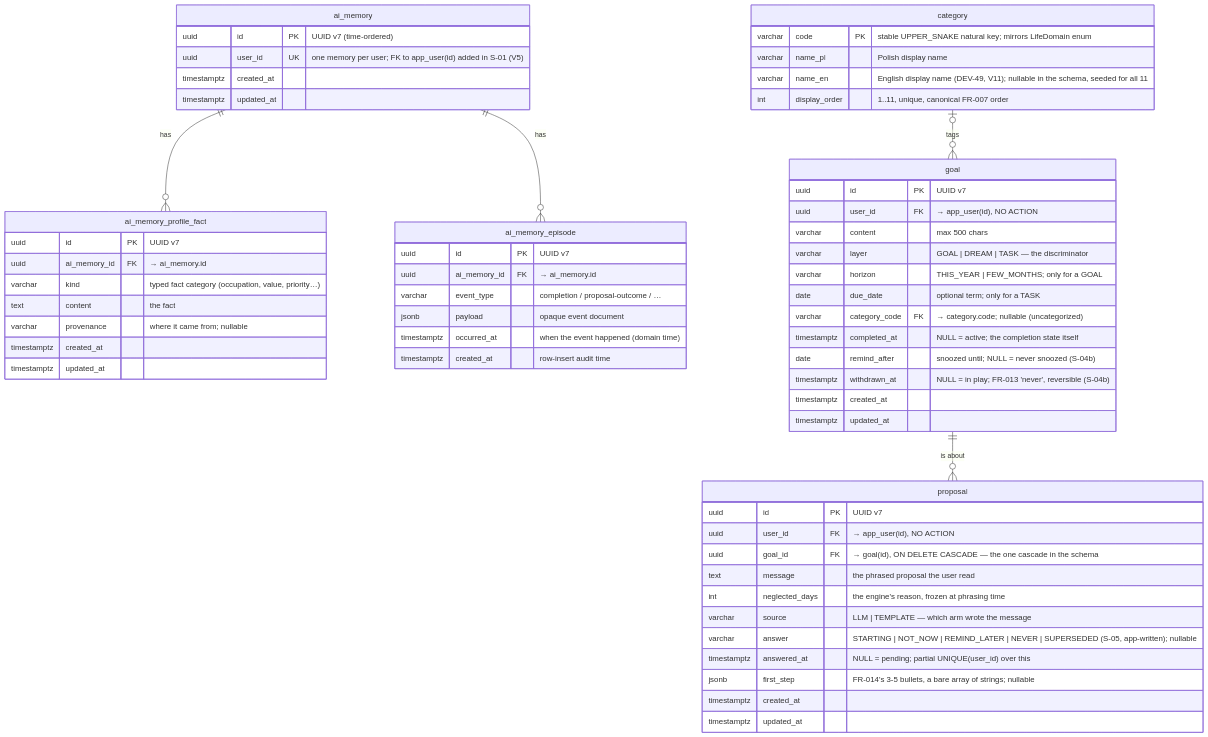
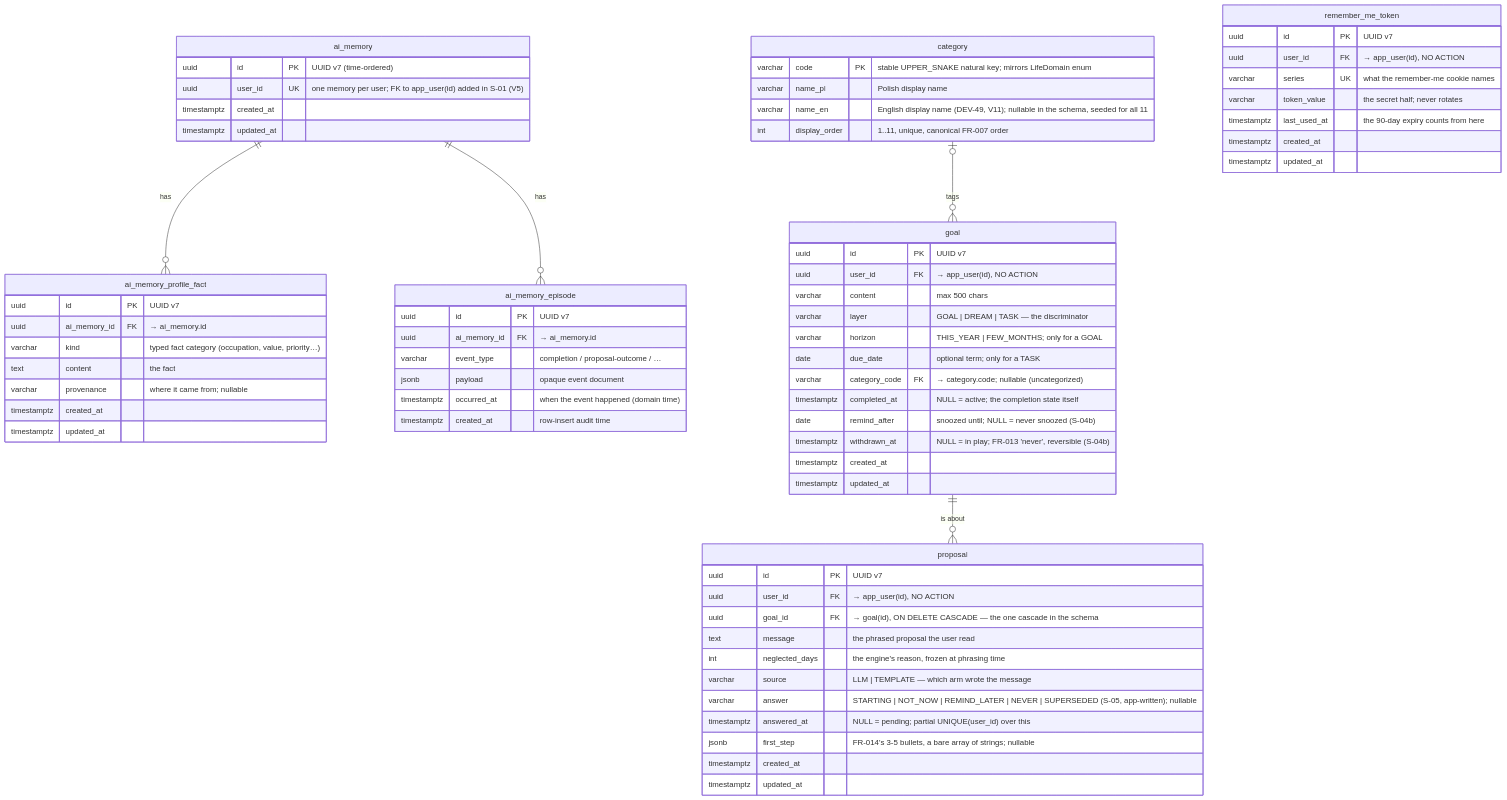
One commit to TheDariusz/2doai changed the diagram in context/foundation/data-model.md. Above: the diagram before and after it, drawn with Mermaid. The commit also changed other lines of this file and 81 other files, not shown here.

````diff
--- a/context/foundation/data-model.md
+++ b/context/foundation/data-model.md
@@ -10,69 +10,79 @@
 ```mermaid
 erDiagram
     category {
         varchar code PK "stable UPPER_SNAKE natural key; mirrors LifeDomain enum"
         varchar name_pl "Polish display name"
         varchar name_en "English display name (DEV-49, V11); nullable in the schema, seeded for all 11"
         int display_order "1..11, unique, canonical FR-007 order"
     }
 
     ai_memory ||--o{ ai_memory_profile_fact : has
     ai_memory ||--o{ ai_memory_episode : has
 
     ai_memory {
         uuid id PK "UUID v7 (time-ordered)"
         uuid user_id UK "one memory per user; FK to app_user(id) added in S-01 (V5)"
         timestamptz created_at
         timestamptz updated_at
     }
     ai_memory_profile_fact {
         uuid id PK "UUID v7"
         uuid ai_memory_id FK "→ ai_memory.id"
         varchar kind "typed fact category (occupation, value, priority…)"
         text content "the fact"
         varchar provenance "where it came from; nullable"
         timestamptz created_at
         timestamptz updated_at
     }
     ai_memory_episode {
         uuid id PK "UUID v7"
         uuid ai_memory_id FK "→ ai_memory.id"
         varchar event_type "completion / proposal-outcome / …"
         jsonb payload "opaque event document"
         timestamptz occurred_at "when the event happened (domain time)"
         timestamptz created_at "row-insert audit time"
     }
 
     category |o--o{ goal : "tags"
 
     goal {
         uuid id PK "UUID v7"
         uuid user_id FK "→ app_user(id), NO ACTION"
         varchar content "max 500 chars"
         varchar layer "GOAL | DREAM | TASK — the discriminator"
         varchar horizon "THIS_YEAR | FEW_MONTHS; only for a GOAL"
         date due_date "optional term; only for a TASK"
         varchar category_code FK "→ category.code; nullable (uncategorized)"
         timestamptz completed_at "NULL = active; the completion state itself"
         date remind_after "snoozed until; NULL = never snoozed (S-04b)"
         timestamptz withdrawn_at "NULL = in play; FR-013 'never', reversible (S-04b)"
         timestamptz created_at
         timestamptz updated_at
     }
 
     goal ||--o{ proposal : "is about"
 
     proposal {
         uuid id PK "UUID v7"
         uuid user_id FK "→ app_user(id), NO ACTION"
         uuid goal_id FK "→ goal(id), ON DELETE CASCADE — the one cascade in the schema"
         text message "the phrased proposal the user read"
         int neglected_days "the engine's reason, frozen at phrasing time"
         varchar source "LLM | TEMPLATE — which arm wrote the message"
         varchar answer "STARTING | NOT_NOW | REMIND_LATER | NEVER | SUPERSEDED (S-05, app-written); nullable"
         timestamptz answered_at "NULL = pending; partial UNIQUE(user_id) over this"
         jsonb first_step "FR-014's 3-5 bullets, a bare array of strings; nullable"
         timestamptz created_at
         timestamptz updated_at
     }
+
+    remember_me_token {
+        uuid id PK "UUID v7"
+        uuid user_id FK "→ app_user(id), NO ACTION"
+        varchar series UK "what the remember-me cookie names"
+        varchar token_value "the secret half; never rotates"
+        timestamptz last_used_at "the 90-day expiry counts from here"
+        timestamptz created_at
+        timestamptz updated_at
+    }
 ```
````
